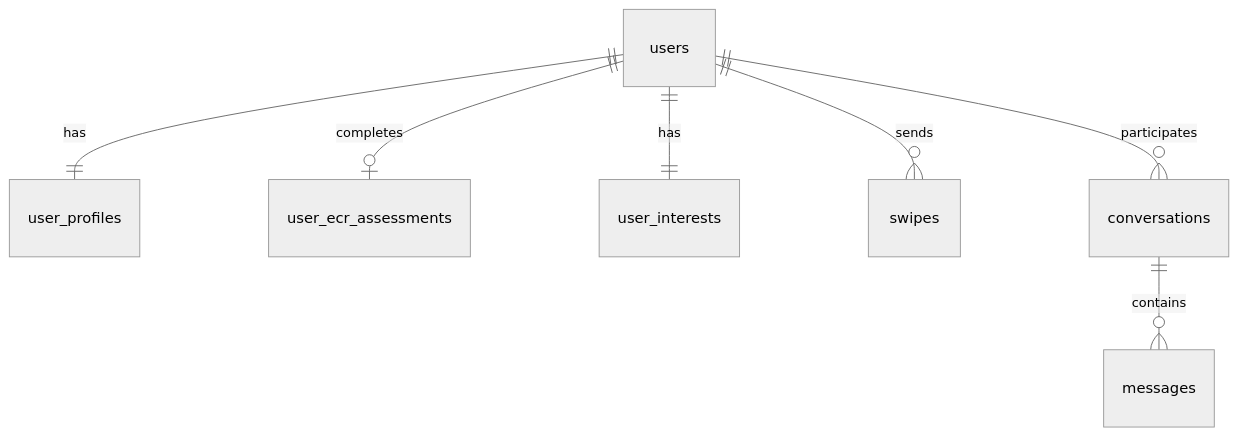
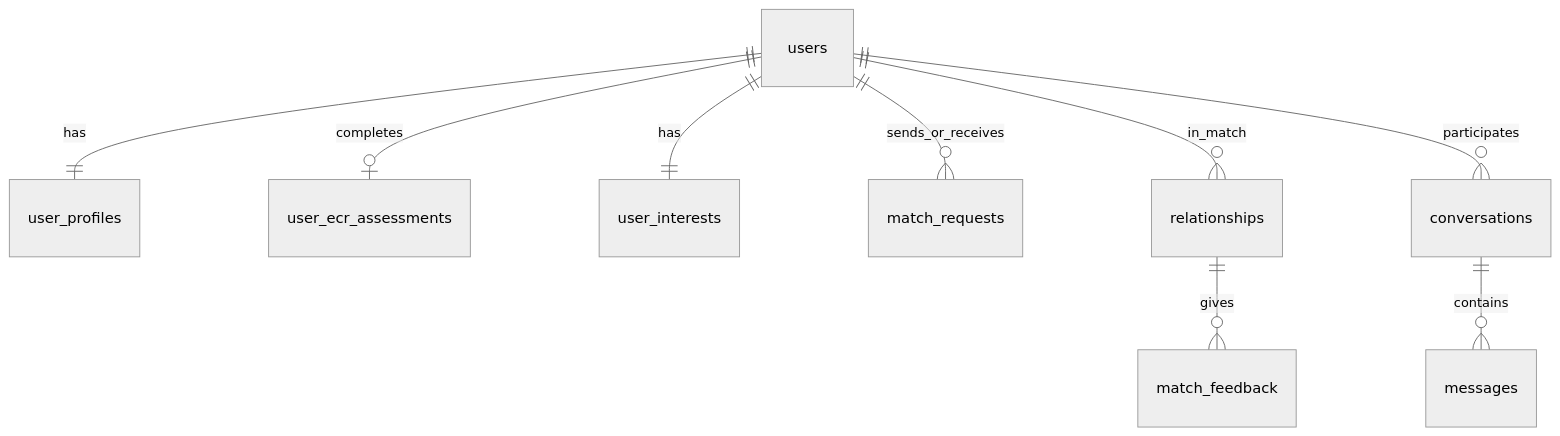
The diagram in DATABASE_ARCHITECTURE.md (YatagamaHirusha/MAD-Project-NIBM), drawn with Mermaid (neutral theme) before and after one commit. The commit also changed other lines of this file and 55 other files, not shown here.

````diff
--- a/DATABASE_ARCHITECTURE.md
+++ b/DATABASE_ARCHITECTURE.md
@@ -180,9 +200,11 @@
 ```mermaid
 erDiagram
     users ||--|| user_profiles : has
     users ||--o| user_ecr_assessments : completes
     users ||--|| user_interests : has
-    users ||--o{ swipes : sends
+    users ||--o{ match_requests : sends_or_receives
+    users ||--o{ relationships : in_match
+    relationships ||--o{ match_feedback : gives
     users ||--o{ conversations : participates
     conversations ||--o{ messages : contains
 ```
````
